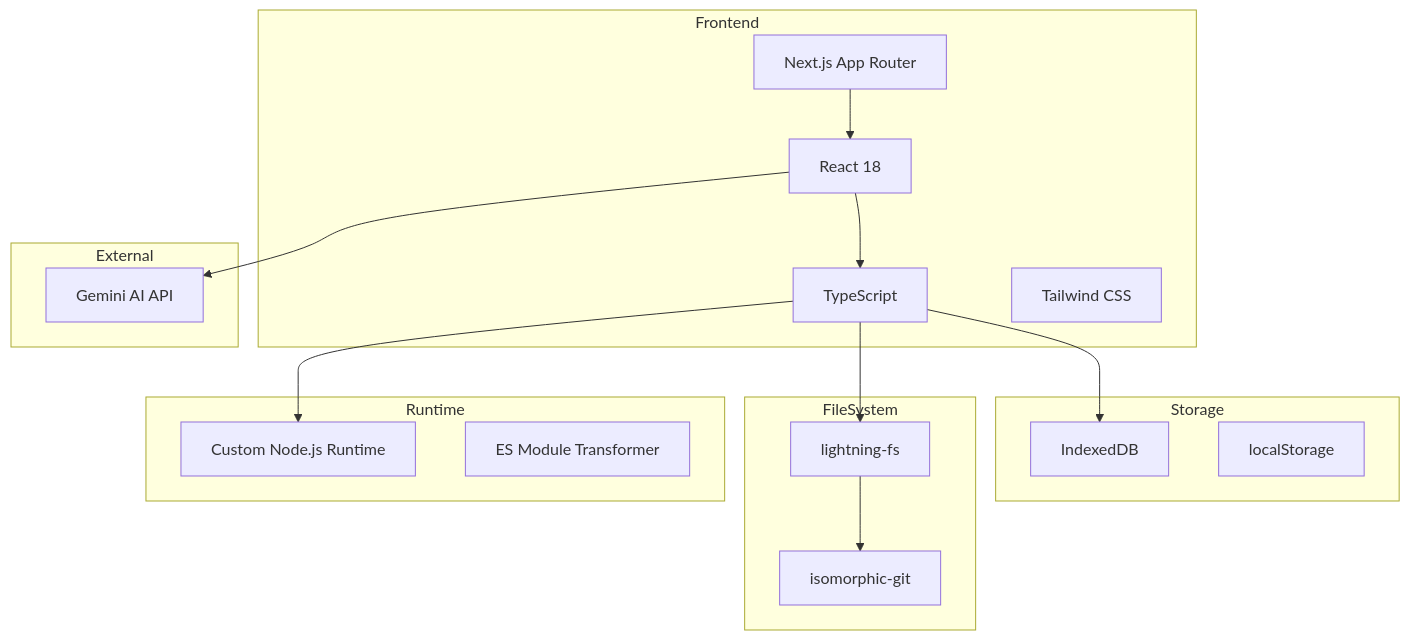
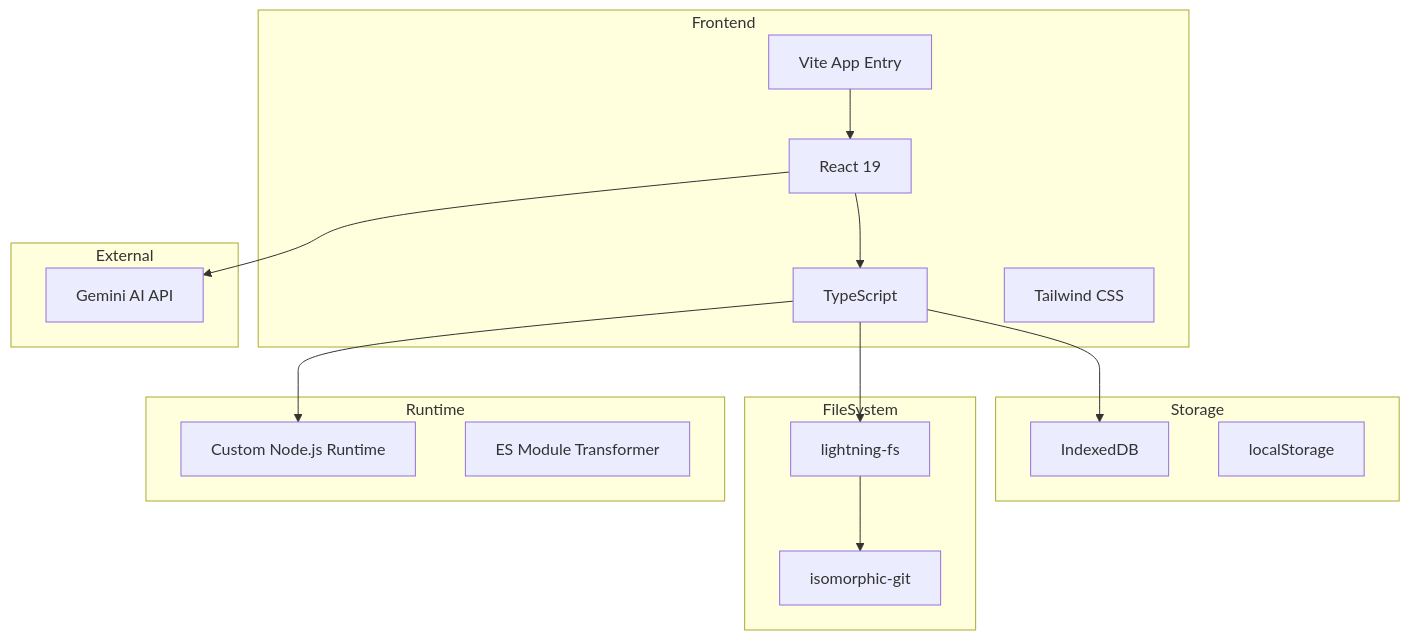
Before and after one commit to Stasshe/Pyxis-CodeCanvas: the first of 10 diagrams in docs/SYSTEM-OVERVIEW.md, drawn with Mermaid. The commit also changed 88 other files, not shown here.

Commit message:
migrate: to React+Vite

````diff
--- a/docs/SYSTEM-OVERVIEW.md
+++ b/docs/SYSTEM-OVERVIEW.md
@@ -32,36 +32,36 @@
 ```mermaid
 graph TB
     subgraph Frontend
-        A[Next.js App Router]
-        B[React 18]
+        A[Vite App Entry]
+        B[React 19]
         C[TypeScript]
         D[Tailwind CSS]
     end
     
     subgraph Storage
         E[IndexedDB]
         F[localStorage]
     end
     
     subgraph FileSystem
         G[lightning-fs]
         H[isomorphic-git]
     end
     
     subgraph Runtime
         I[Custom Node.js Runtime]
         J[ES Module Transformer]
     end
     
     subgraph External
         K[Gemini AI API]
     end
     
     A --> B
     B --> C
     C --> E
     C --> G
     C --> I
     B --> K
     G --> H
 ```
````
